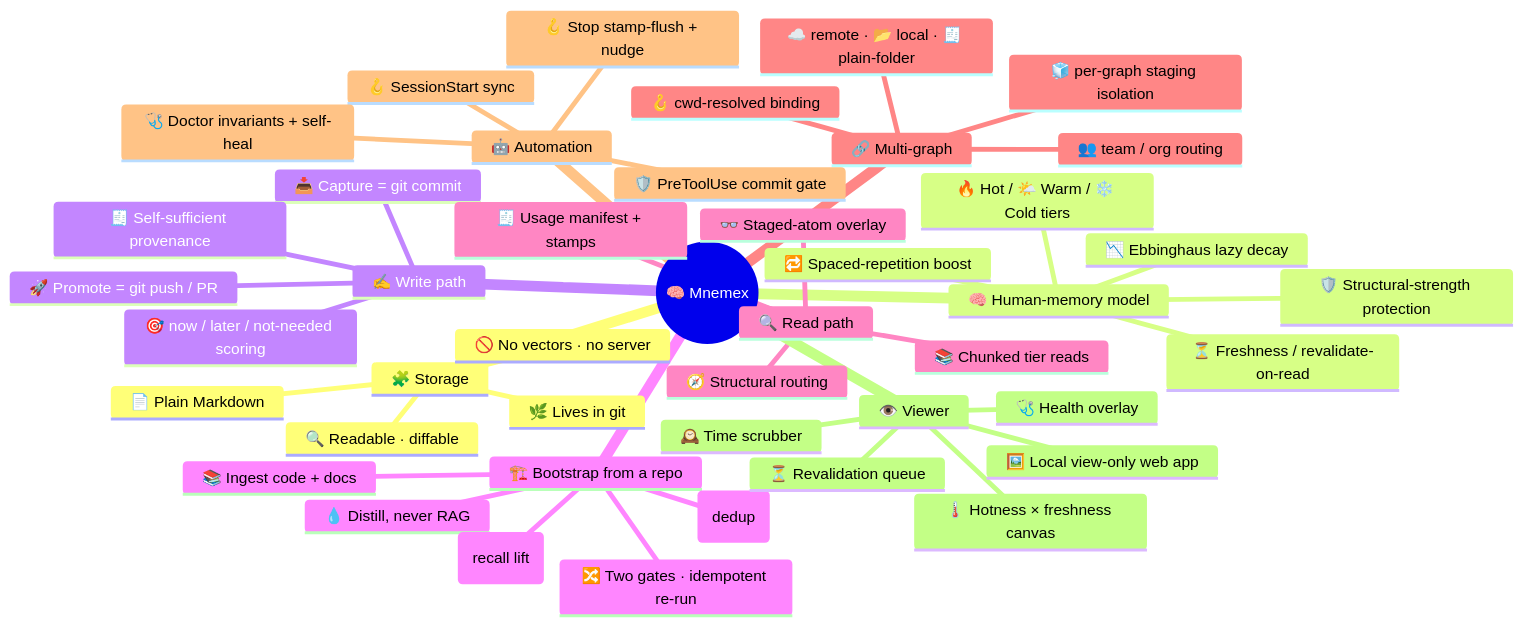
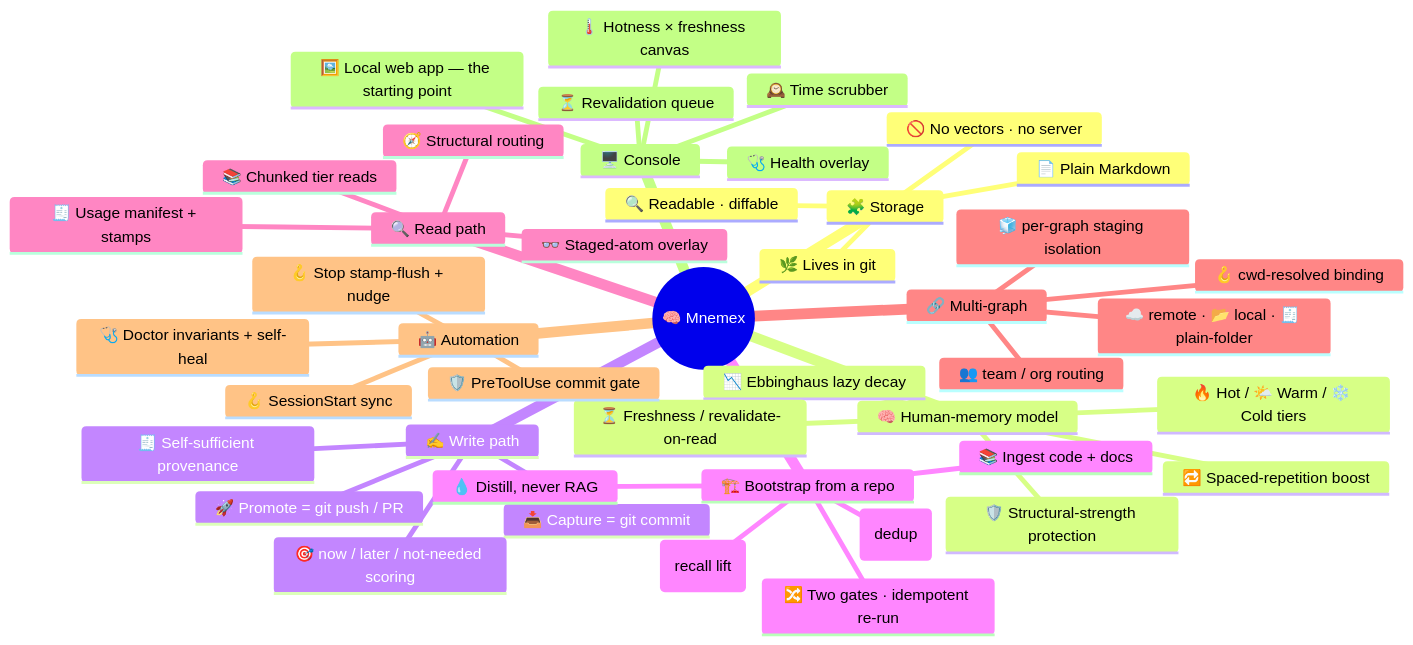
Before and after one commit to kritird/OpenMnemex: the first of 7 diagrams in FEATURES.md, drawn with Mermaid. The commit also changed other lines of this file and 17 other files, not shown here.

First line of the commit message:
Rename the viewer to the OpenMnemex Console and make it the front door

````diff
--- a/FEATURES.md
+++ b/FEATURES.md
@@ -26,47 +26,47 @@
 ```mermaid
 mindmap
   root((🧠 Mnemex))
     🧩 Storage
       📄 Plain Markdown
       🌿 Lives in git
       🔍 Readable · diffable
       🚫 No vectors · no server
     🧠 Human-memory model
       🔥 Hot / 🌤️ Warm / ❄️ Cold tiers
       📉 Ebbinghaus lazy decay
       🔁 Spaced-repetition boost
       🛡️ Structural-strength protection
       ⏳ Freshness / revalidate-on-read
     ✍️ Write path
       📥 Capture = git commit
       🚀 Promote = git push / PR
       🎯 now / later / not-needed scoring
       🧾 Self-sufficient provenance
     🏗️ Bootstrap from a repo
       📚 Ingest code + docs
       💧 Distill, never RAG
       🧬 Entity resolution (dedup)
       🔀 Two gates · idempotent re-run
       🔎 Gleaning (recall lift)
     🔍 Read path
       🧭 Structural routing
       📚 Chunked tier reads
       👓 Staged-atom overlay
       🧾 Usage manifest + stamps
     🔗 Multi-graph
       🪝 cwd-resolved binding
       👥 team / org routing
       🧊 per-graph staging isolation
       ☁️ remote · 📂 local · 🧾 plain-folder
     🤖 Automation
       🪝 SessionStart sync
       🪝 Stop stamp-flush + nudge
       🛡️ PreToolUse commit gate
       🩺 Doctor invariants + self-heal
-    👁️ Viewer
-      🖼️ Local view-only web app
+    🖥️ Console
+      🖼️ Local web app — the starting point
       🌡️ Hotness × freshness canvas
       ⏳ Revalidation queue
       🩺 Health overlay
       🕰️ Time scrubber
 ```
````
